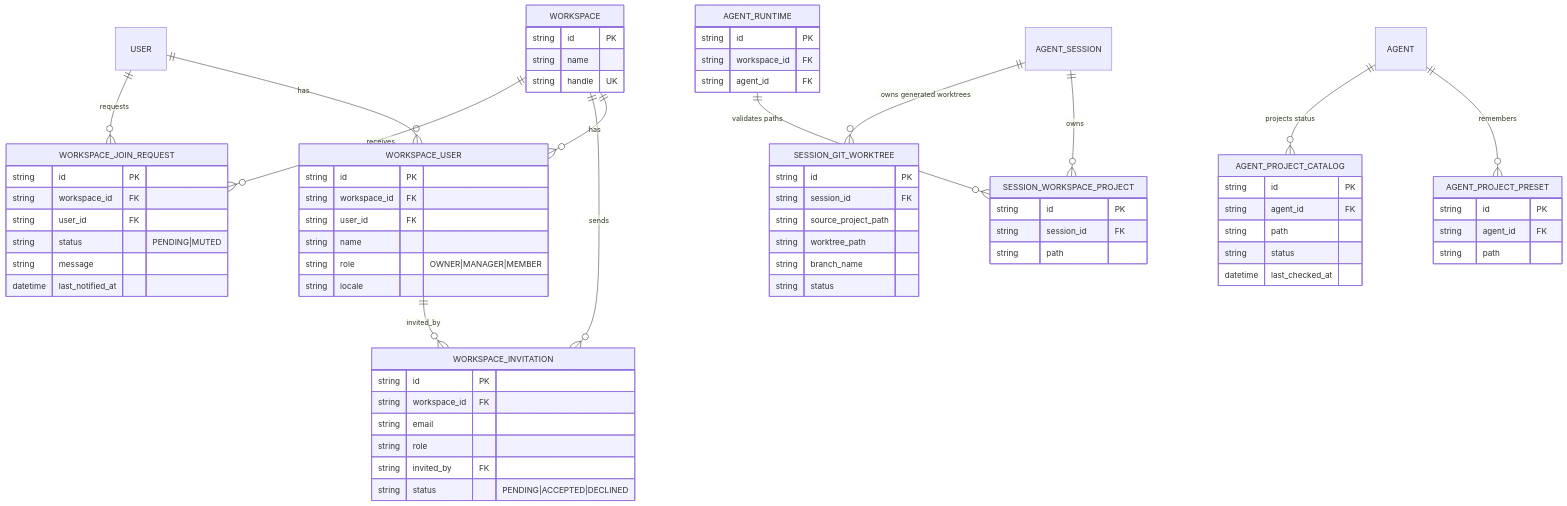
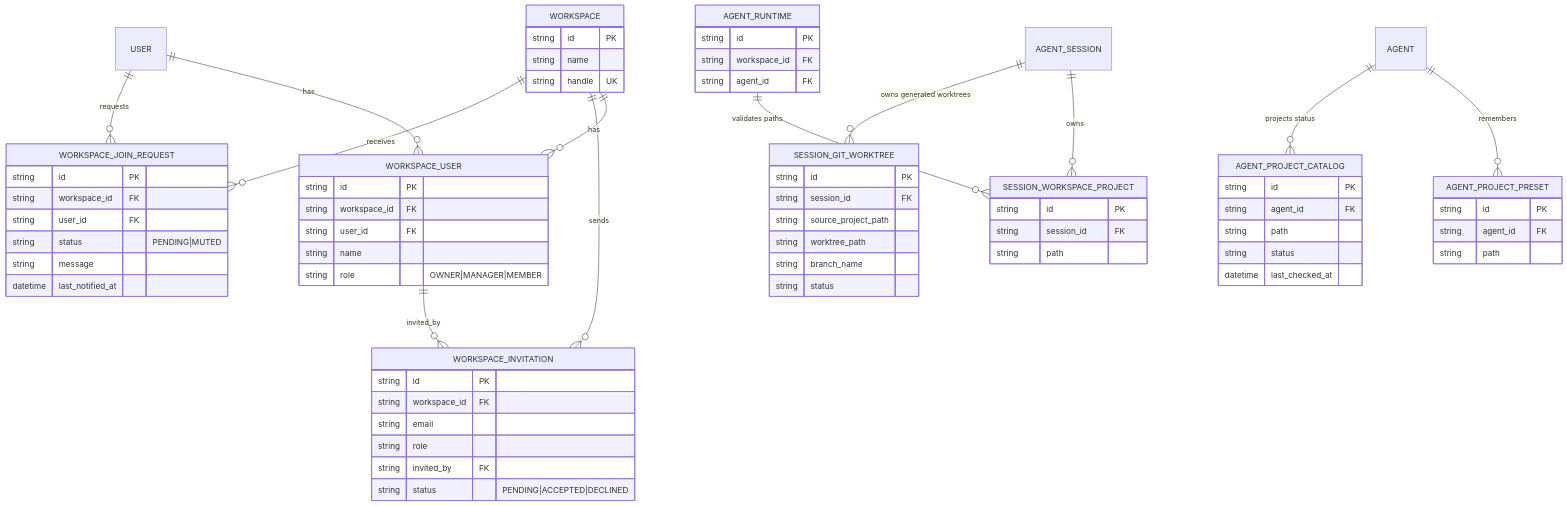
One commit to azents/azents changed the first of 3 diagrams in docs/azents/spec/domain/workspace.md. Above: the diagram before and after it, drawn with Mermaid. The commit also changed other lines of this file and 88 other files, not shown here.

````diff
--- a/docs/azents/spec/domain/workspace.md
+++ b/docs/azents/spec/domain/workspace.md
@@ -76,74 +76,73 @@
 ```mermaid
 erDiagram
     USER ||--o{ WORKSPACE_USER : "has"
     WORKSPACE ||--o{ WORKSPACE_USER : "has"
     WORKSPACE ||--o{ WORKSPACE_INVITATION : "sends"
     WORKSPACE ||--o{ WORKSPACE_JOIN_REQUEST : "receives"
     WORKSPACE_USER ||--o{ WORKSPACE_INVITATION : "invited_by"
     USER ||--o{ WORKSPACE_JOIN_REQUEST : "requests"
 
     WORKSPACE {
         string id PK
         string name
         string handle UK
     }
     WORKSPACE_USER {
         string id PK
         string workspace_id FK
         string user_id FK
         string name
         string role "OWNER|MANAGER|MEMBER"
-        string locale
     }
     WORKSPACE_INVITATION {
         string id PK
         string workspace_id FK
         string email
         string role
         string invited_by FK
         string status "PENDING|ACCEPTED|DECLINED"
     }
     WORKSPACE_JOIN_REQUEST {
         string id PK
         string workspace_id FK
         string user_id FK
         string status "PENDING|MUTED"
         string message
         datetime last_notified_at
     }
     AGENT_RUNTIME {
         string id PK
         string workspace_id FK
         string agent_id FK
     }
     AGENT_RUNTIME ||--o{ SESSION_WORKSPACE_PROJECT : "validates paths"
     AGENT ||--o{ AGENT_PROJECT_PRESET : "remembers"
     AGENT ||--o{ AGENT_PROJECT_CATALOG : "projects status"
     AGENT_SESSION ||--o{ SESSION_WORKSPACE_PROJECT : "owns"
     AGENT_SESSION ||--o{ SESSION_GIT_WORKTREE : "owns generated worktrees"
     AGENT_PROJECT_PRESET {
         string id PK
         string agent_id FK
         string path
     }
     AGENT_PROJECT_CATALOG {
         string id PK
         string agent_id FK
         string path
         string status
         datetime last_checked_at
     }
     SESSION_WORKSPACE_PROJECT {
         string id PK
         string session_id FK
         string path
     }
     SESSION_GIT_WORKTREE {
         string id PK
         string session_id FK
         string source_project_path
         string worktree_path
         string branch_name
         string status
     }
 ```
````
